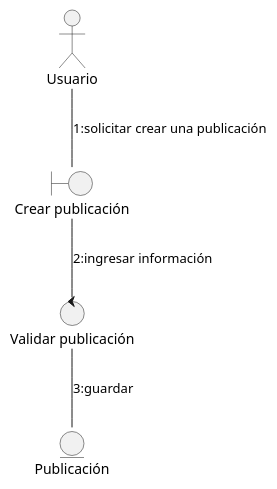
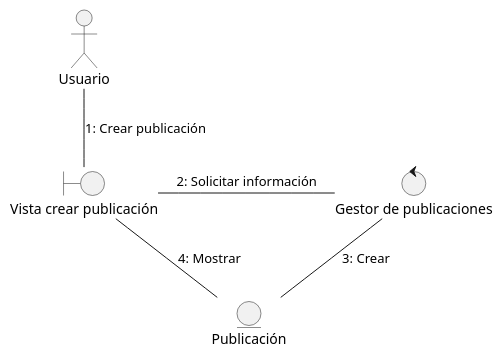
Before and after one commit to Dayannis-07/ING_SOFT: the diagram in docs/scenariosView/collaborationDiagram/useCase-CrearEvento.puml, drawn with PlantUML. The commit also changed 14 other files, not shown here.

Commit message:
Analysis Class Diagram Corrections

```diff
--- a/docs/scenariosView/collaborationDiagram/useCase-CrearEvento.puml
+++ b/docs/scenariosView/collaborationDiagram/useCase-CrearEvento.puml
@@ -1,9 +1,10 @@
 @startuml crear evento
 actor Usuario
-boundary "Crear publicación" as c
-Usuario--c :1:solicitar crear una publicación
-control "Validar publicación" as g
-c--g :2:ingresar información
+boundary "Vista crear publicación" as c
+Usuario--c :1: Crear publicación
+control "Gestor de publicaciones" as g
+c-r-g :2: Solicitar información
 entity "Publicación" as p
-g--p :3:guardar
+g--p :3: Crear
+p--c :4: Mostrar
 @enduml
```
